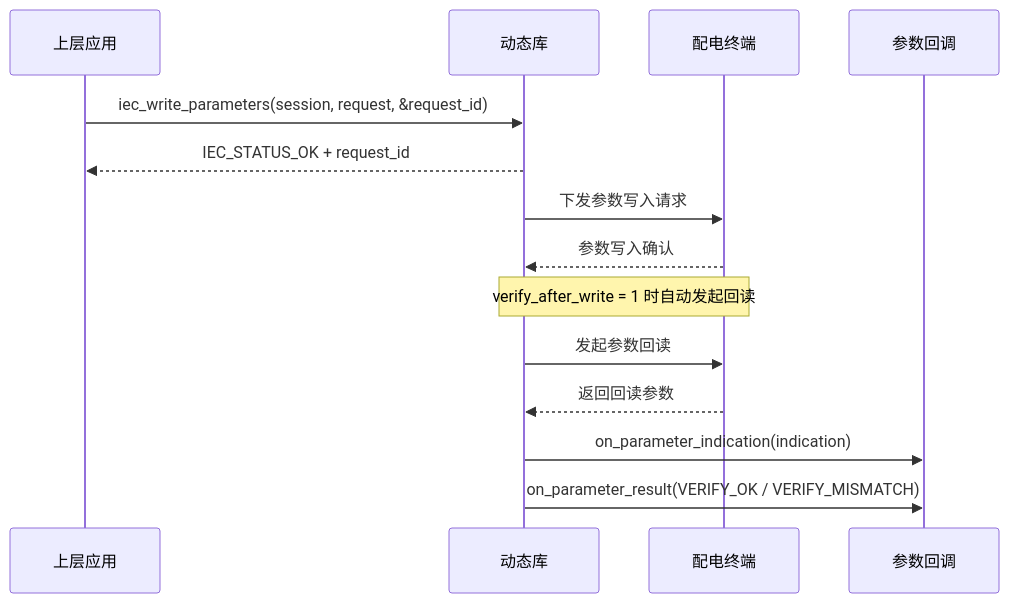
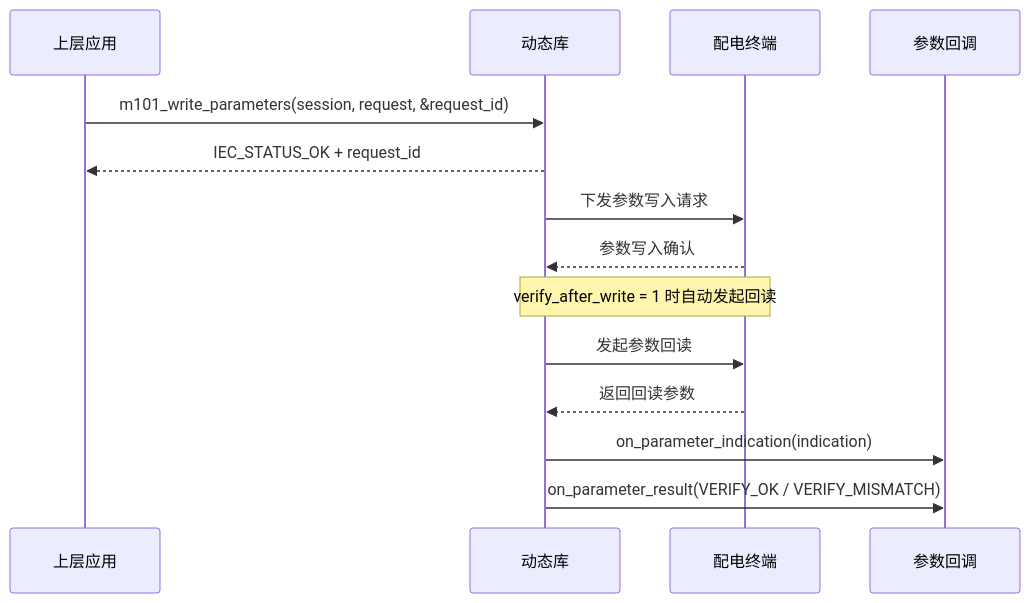
One commit to CcooLcyy/gw-protocol-sdk changed the seventh of 12 diagrams in doc/api/dtu_unified_maintenance_sdk_api_design.md. Above: the diagram before and after it, drawn with Mermaid. The commit also changed other lines of this file and 2 other files, not shown here.

````diff
--- a/doc/api/dtu_unified_maintenance_sdk_api_design.md
+++ b/doc/api/dtu_unified_maintenance_sdk_api_design.md
@@ -1881,17 +1724,17 @@
 ```mermaid
 sequenceDiagram
     participant 应用 as 上层应用
     participant 库 as 动态库
     participant 终端 as 配电终端
     participant 回调 as 参数回调
 
-    应用->>库: iec_write_parameters(session, request, &request_id)
+    应用->>库: m101_write_parameters(session, request, &request_id)
     库-->>应用: IEC_STATUS_OK + request_id
     库->>终端: 下发参数写入请求
     终端-->>库: 参数写入确认
     Note over 库,终端: verify_after_write = 1 时自动发起回读
     库->>终端: 发起参数回读
     终端-->>库: 返回回读参数
     库->>回调: on_parameter_indication(indication)
     库->>回调: on_parameter_result(VERIFY_OK / VERIFY_MISMATCH)
 ```
````
